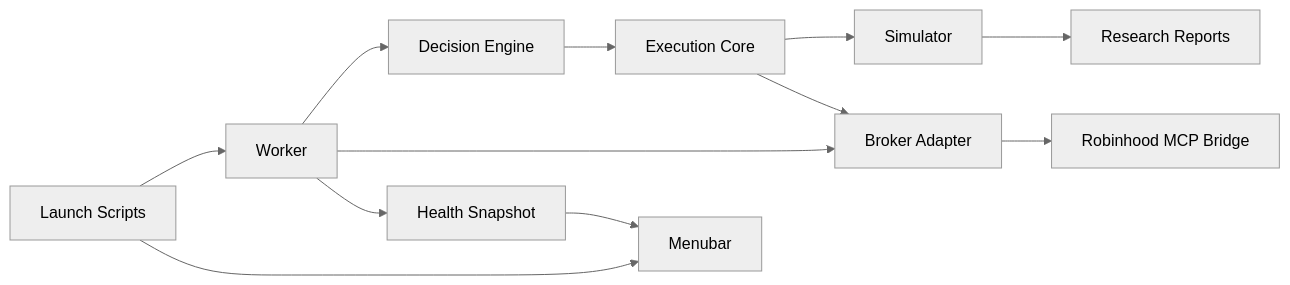
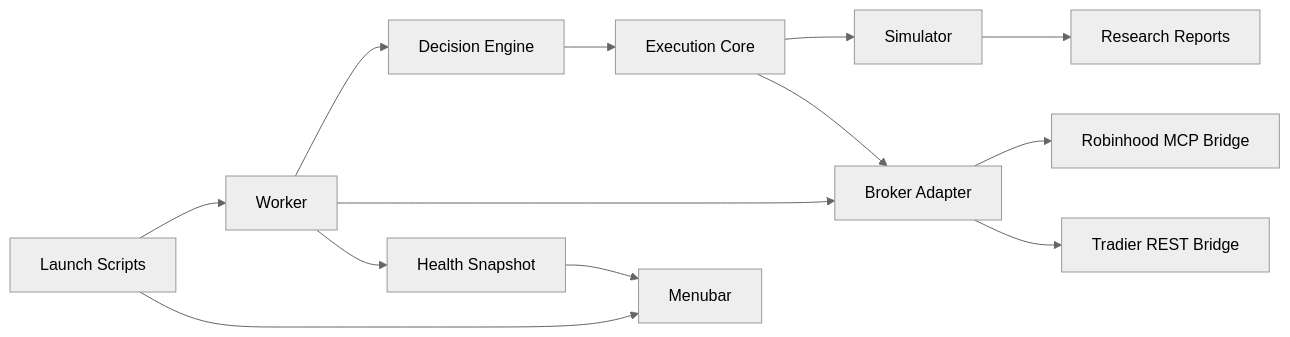
Before and after one commit to 1duo/SpreadFoundry: the diagram in docs/production_architecture.md, drawn with Mermaid (neutral theme). The commit also changed other lines of this file and 14 other files, not shown here.

````diff
--- a/docs/production_architecture.md
+++ b/docs/production_architecture.md
@@ -15,14 +15,15 @@
 ```mermaid
 flowchart LR
   D["Decision Engine"] --> I["Execution Core"]
   I --> S["Simulator"]
   I --> B["Broker Adapter"]
   S --> R["Research Reports"]
   B --> RH["Robinhood MCP Bridge"]
+  B --> TR["Tradier REST Bridge"]
   W["Worker"] --> D
   W --> B
   W --> H["Health Snapshot"]
   H --> M["Menubar"]
   L["Launch Scripts"] --> W
   L --> M
 ```
````
